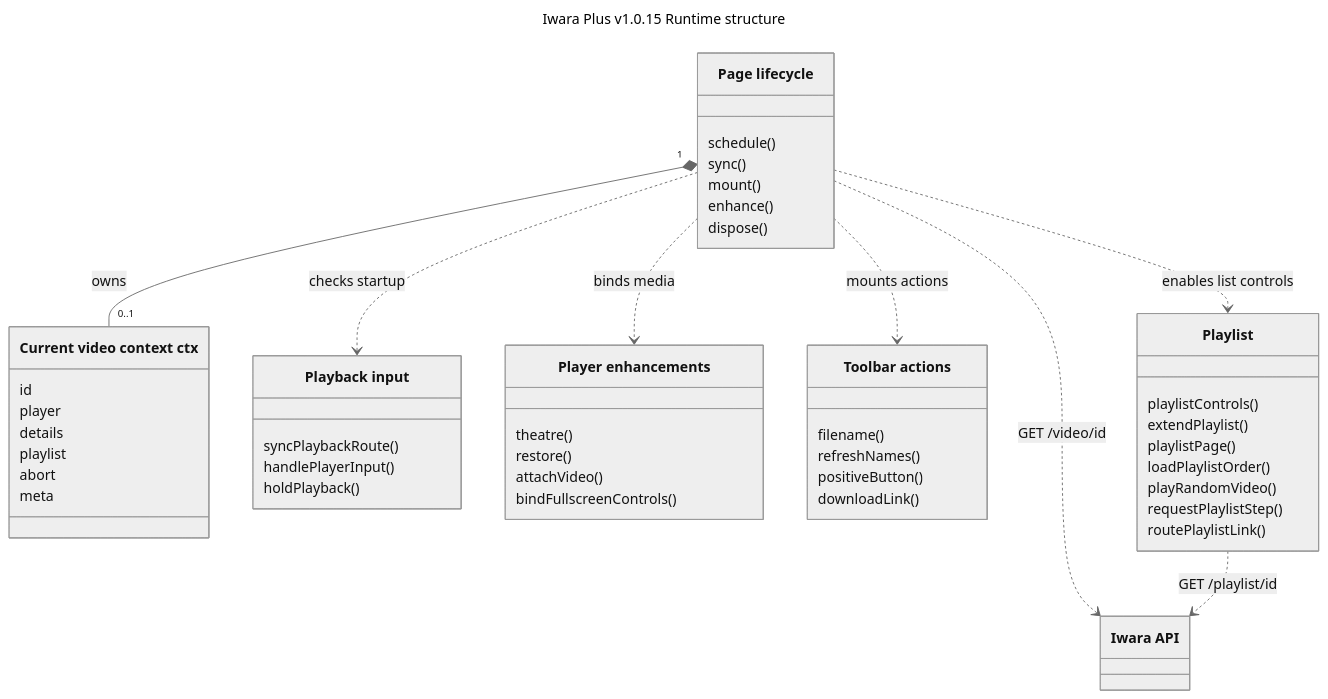
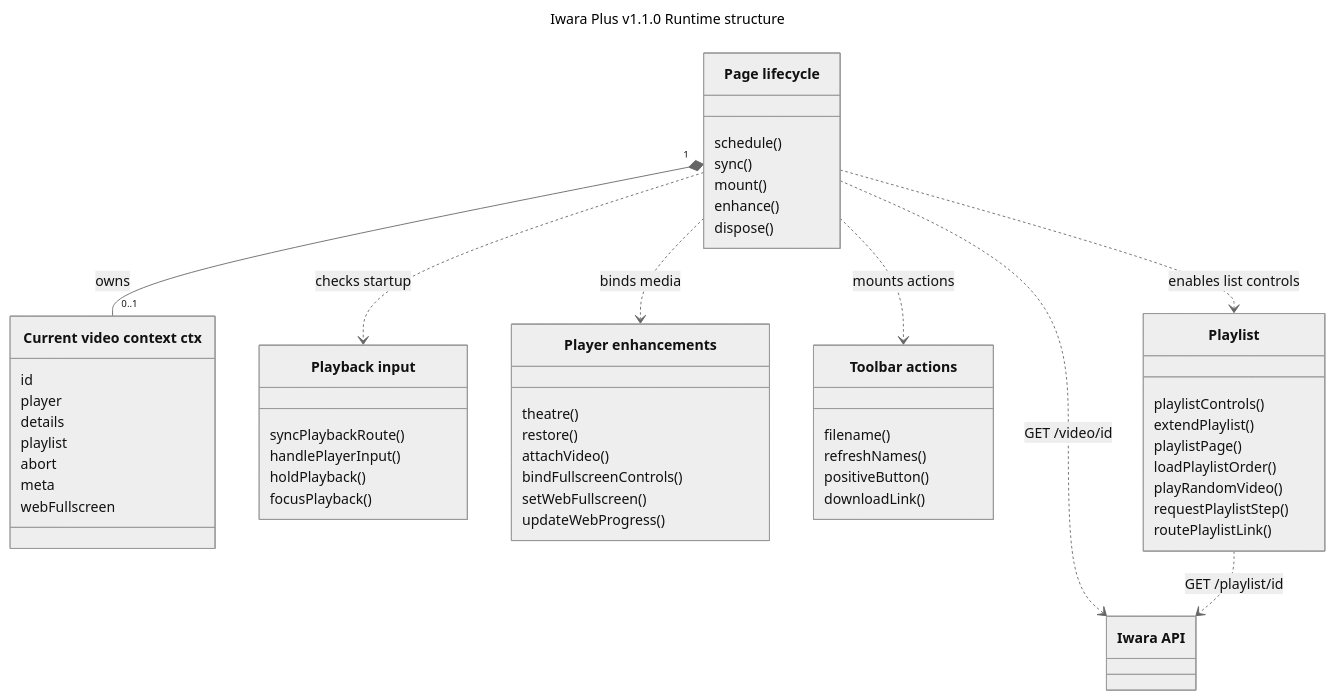
One commit to lhYanghc/iwara-plus changed the first of 6 diagrams in docs/architecture.md. Above: the diagram before and after it, drawn with Mermaid (neutral theme). The commit also changed other lines of this file and 9 other files, not shown here.

Commit message:
Release 1.1.0 with web fullscreen and Iwara AI support

````diff
--- a/docs/architecture.md
+++ b/docs/architecture.md
@@ -9,56 +9,60 @@
 ```mermaid
 ---
-title: Iwara Plus v1.0.15 Runtime structure
+title: Iwara Plus v1.1.0 Runtime structure
 ---
 classDiagram
     direction TB
     class Lifecycle["Page lifecycle"] {
         schedule()
         sync()
         mount()
         enhance()
         dispose()
     }
     class Context["Current video context ctx"] {
         id
         player
         details
         playlist
         abort
         meta
+        webFullscreen
     }
     class Playback["Playback input"] {
         syncPlaybackRoute()
         handlePlayerInput()
         holdPlayback()
+        focusPlayback()
     }
     class Player["Player enhancements"] {
         theatre()
         restore()
         attachVideo()
         bindFullscreenControls()
+        setWebFullscreen()
+        updateWebProgress()
     }
     class Toolbar["Toolbar actions"] {
         filename()
         refreshNames()
         positiveButton()
         downloadLink()
     }
     class Queue["Playlist"] {
         playlistControls()
         extendPlaylist()
         playlistPage()
         loadPlaylistOrder()
         playRandomVideo()
         requestPlaylistStep()
         routePlaylistLink()
     }
     class API["Iwara API"]
     Lifecycle "1" *-- "0..1" Context : owns
     Lifecycle ..> Playback : checks startup
     Lifecycle ..> Player : binds media
     Lifecycle ..> Toolbar : mounts actions
     Lifecycle ..> Queue : enables list controls
     Lifecycle ..> API : GET /video/id
     Queue ..> API : GET /playlist/id
 ```
````
